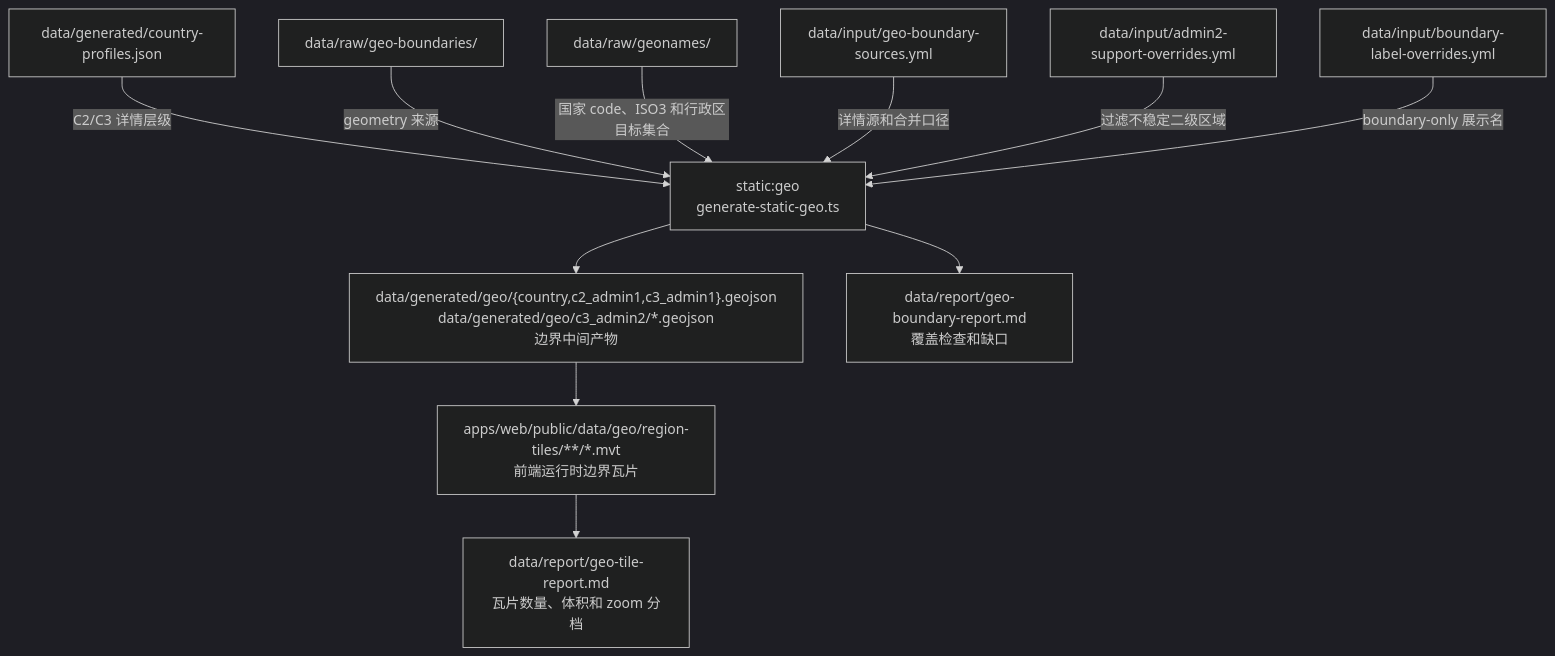
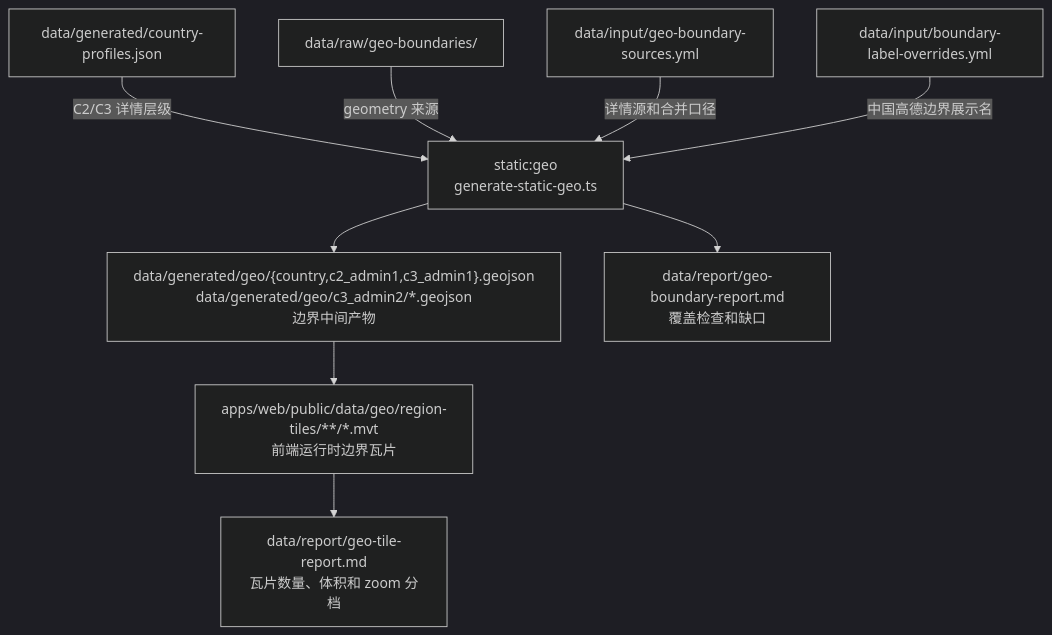
One commit to xiaomingio/weather-trip changed the fifth of 6 diagrams in docs/specs/31-data-flow.md. Above: the diagram before and after it, drawn with Mermaid (dark theme). The commit also changed other lines of this file and 541 other files, not shown here.

````diff
--- a/docs/specs/31-data-flow.md
+++ b/docs/specs/31-data-flow.md
@@ -213,25 +213,21 @@
 ```mermaid
 flowchart TB
   profilesGenerated["data/generated/country-profiles.json"]
   rawBoundary["data/raw/geo-boundaries/"]
-  rawGeonames["data/raw/geonames/"]
   geoSources["data/input/geo-boundary-sources.yml"]
   boundaryLabels["data/input/boundary-label-overrides.yml"]
-  admin2Support["data/input/admin2-support-overrides.yml"]
   generateGeo["static:geo<br/>generate-static-geo.ts"]
   publicGeo["data/generated/geo/{country,c2_admin1,c3_admin1}.geojson<br/>data/generated/geo/c3_admin2/*.geojson<br/>边界中间产物"]
   geoTiles["apps/web/public/data/geo/region-tiles/**/*.mvt<br/>前端运行时边界瓦片"]
   geoReport["data/report/geo-boundary-report.md<br/>覆盖检查和缺口"]
   tileReport["data/report/geo-tile-report.md<br/>瓦片数量、体积和 zoom 分档"]
 
   profilesGenerated -->|C2/C3 详情层级| generateGeo
   rawBoundary -->|geometry 来源| generateGeo
-  rawGeonames -->|国家 code、ISO3 和行政区目标集合| generateGeo
   geoSources -->|详情源和合并口径| generateGeo
-  admin2Support -->|过滤不稳定二级区域| generateGeo
-  boundaryLabels -->|boundary-only 展示名| generateGeo
+  boundaryLabels -->|中国高德边界展示名| generateGeo
   generateGeo --> publicGeo
   generateGeo --> geoReport
   publicGeo --> geoTiles
   geoTiles --> tileReport
 ```
````
